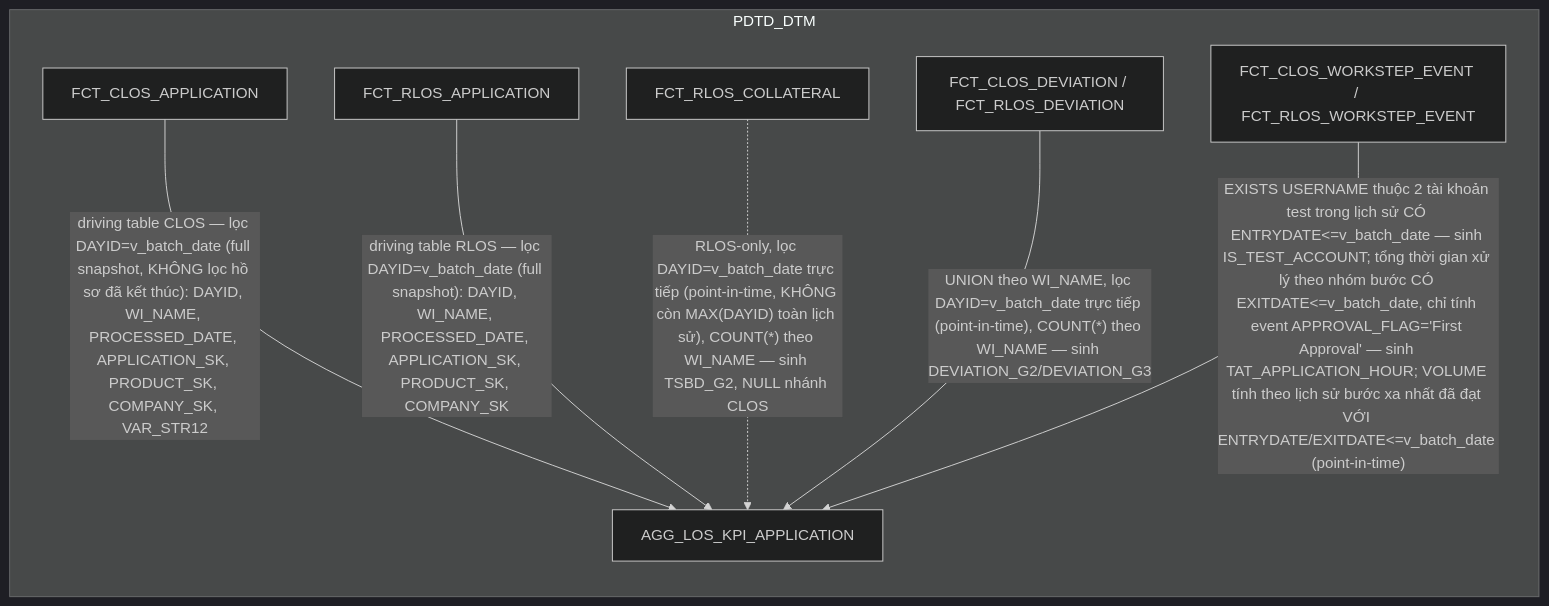
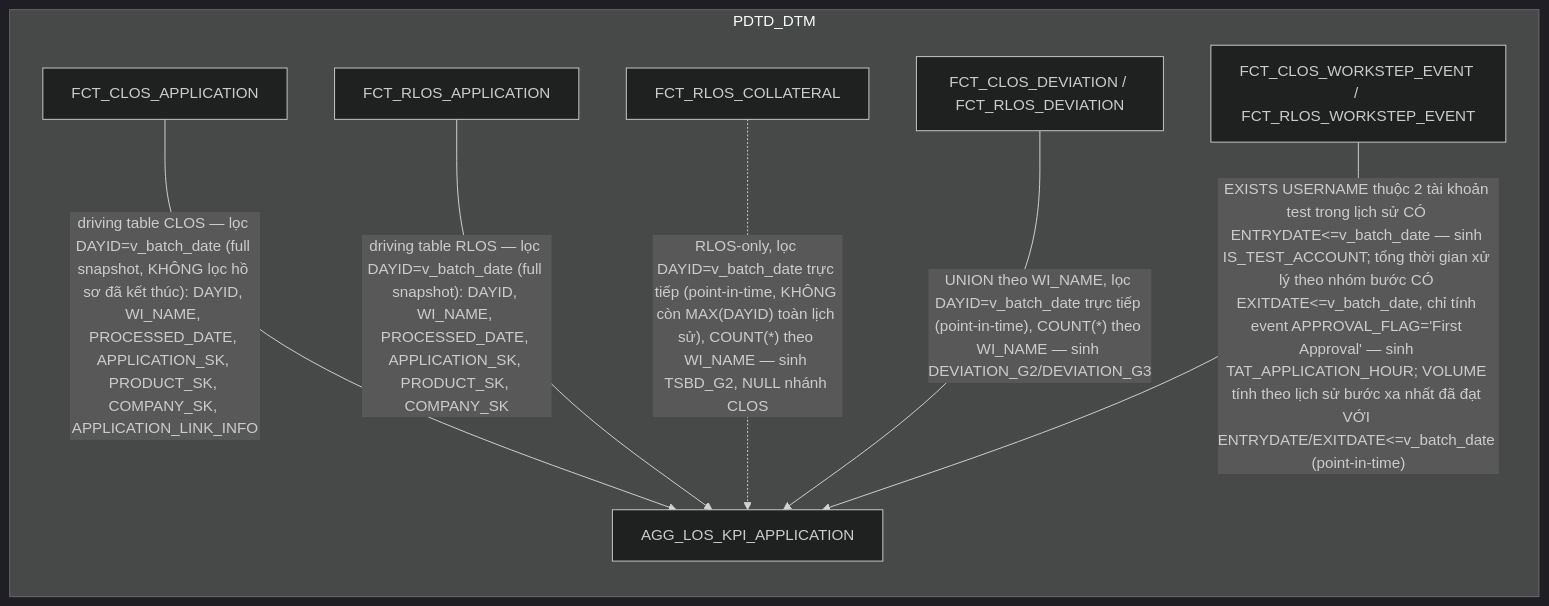
The third of 19 diagrams in hld/hld_review/HLD_FCT_PDTD_DTM_review.md (chien1198/sb-mapping-gen), drawn with Mermaid (dark theme) before and after one commit. The commit also changed other lines of this file and 124 other files, not shown here.

````diff
--- a/hld/hld_review/HLD_FCT_PDTD_DTM_review.md
+++ b/hld/hld_review/HLD_FCT_PDTD_DTM_review.md
@@ -123,16 +123,16 @@
 ```mermaid
 flowchart LR
     subgraph PDTD_DTM
         A["FCT_CLOS_APPLICATION"]
         B["FCT_RLOS_APPLICATION"]
         L["FCT_RLOS_COLLATERAL"]
         V["FCT_CLOS_DEVIATION / FCT_RLOS_DEVIATION"]
         W["FCT_CLOS_WORKSTEP_EVENT / FCT_RLOS_WORKSTEP_EVENT"]
         K["AGG_LOS_KPI_APPLICATION"]
     end
-    A -->|"driving table CLOS — lọc DAYID=v_batch_date (full snapshot, KHÔNG lọc hồ sơ đã kết thúc): DAYID, WI_NAME, PROCESSED_DATE, APPLICATION_SK, PRODUCT_SK, COMPANY_SK, VAR_STR12"| K
+    A -->|"driving table CLOS — lọc DAYID=v_batch_date (full snapshot, KHÔNG lọc hồ sơ đã kết thúc): DAYID, WI_NAME, PROCESSED_DATE, APPLICATION_SK, PRODUCT_SK, COMPANY_SK, APPLICATION_LINK_INFO"| K
     B -->|"driving table RLOS — lọc DAYID=v_batch_date (full snapshot): DAYID, WI_NAME, PROCESSED_DATE, APPLICATION_SK, PRODUCT_SK, COMPANY_SK"| K
     L -.->|"RLOS-only, lọc DAYID=v_batch_date trực tiếp (point-in-time, KHÔNG còn MAX(DAYID) toàn lịch sử), COUNT(*) theo WI_NAME — sinh TSBD_G2, NULL nhánh CLOS"| K
     V -->|"UNION theo WI_NAME, lọc DAYID=v_batch_date trực tiếp (point-in-time), COUNT(*) theo WI_NAME — sinh DEVIATION_G2/DEVIATION_G3"| K
     W -->|"EXISTS USERNAME thuộc 2 tài khoản test trong lịch sử CÓ ENTRYDATE<=v_batch_date — sinh IS_TEST_ACCOUNT; tổng thời gian xử lý theo nhóm bước CÓ EXITDATE<=v_batch_date, chỉ tính event APPROVAL_FLAG='First Approval' — sinh TAT_APPLICATION_HOUR; VOLUME tính theo lịch sử bước xa nhất đã đạt VỚI ENTRYDATE/EXITDATE<=v_batch_date (point-in-time)"| K
 ```
````
